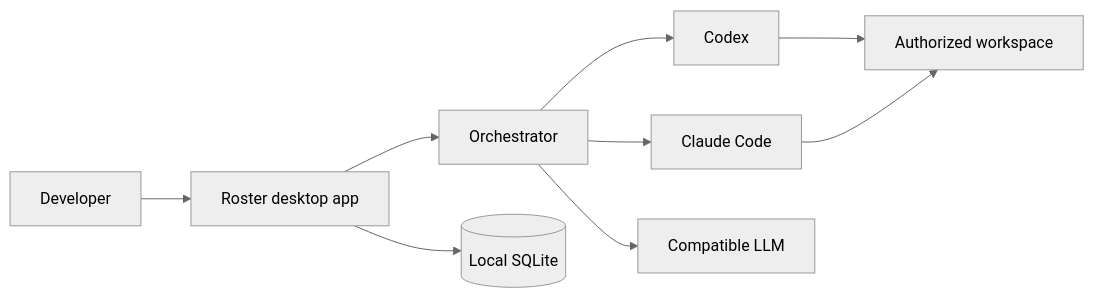
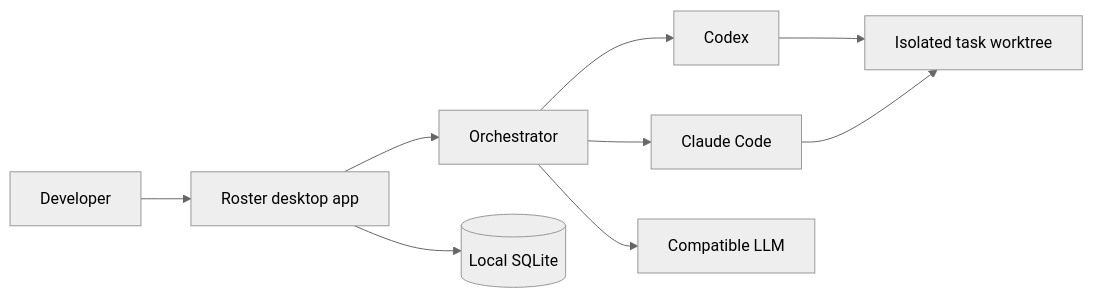
One commit to Vaibhav701161/Roster changed the diagram in README.md. Above: the diagram before and after it, drawn with Mermaid (neutral theme). The commit also changed other lines of this file and 14 other files, not shown here.

````diff
--- a/README.md
+++ b/README.md
@@ -67,11 +71,11 @@
 ```mermaid
 flowchart LR
   U[Developer] --> D[Roster desktop app]
   D --> O[Orchestrator]
   O --> C[Codex]
   O --> L[Claude Code]
   O --> H[Compatible LLM]
-  C --> W[Authorized workspace]
+  C --> W[Isolated task worktree]
   L --> W
   D --> S[(Local SQLite)]
 ```
````
